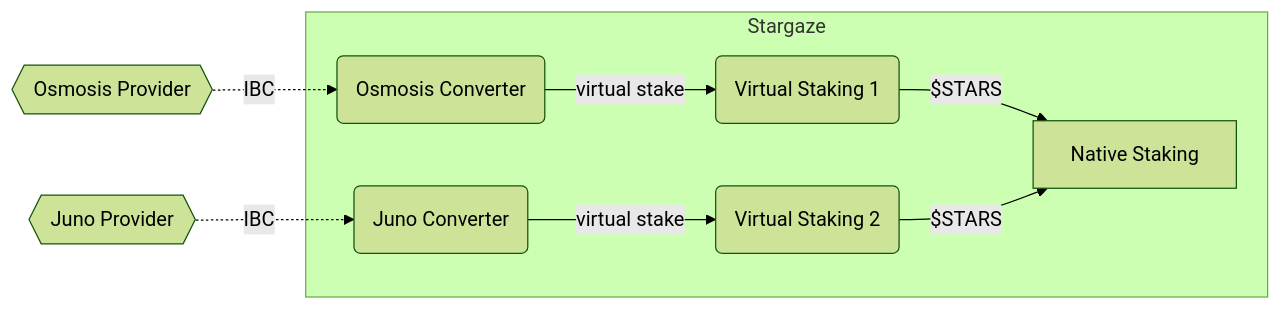
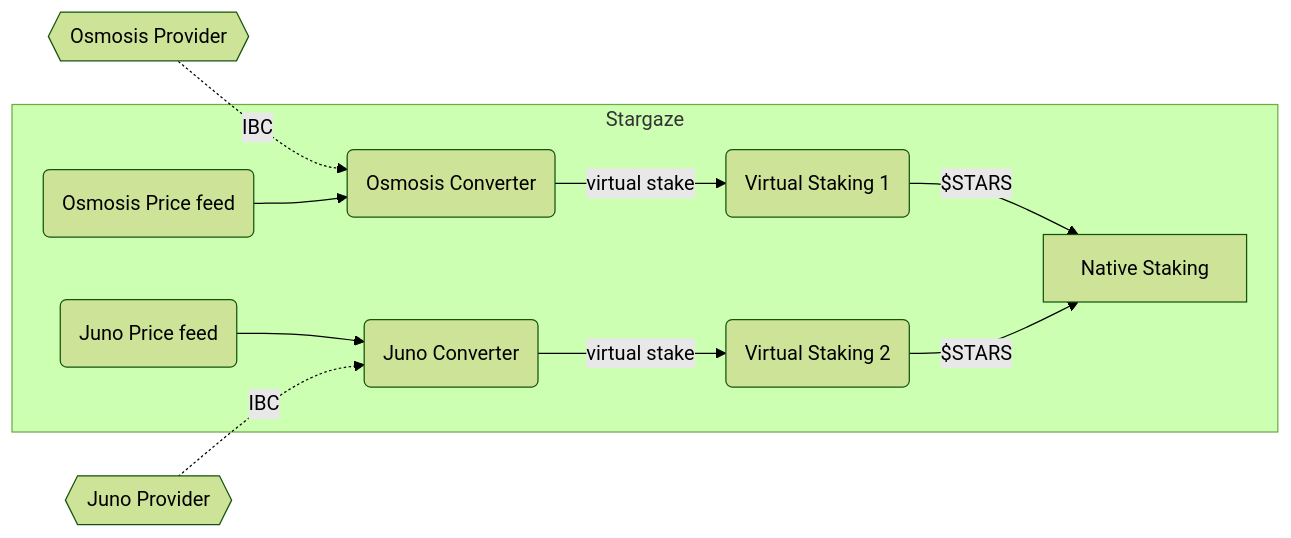
Before and after one commit to CosmWasm/mesh-security-hackathon: the diagram in docs/consumer/Consumer.md, drawn with Mermaid. The commit also changed 1 other file, not shown here.

Commit message:
Explain price feeds / oracles

````diff
--- a/docs/consumer/Consumer.md
+++ b/docs/consumer/Consumer.md
@@ -10,16 +10,19 @@
 ```mermaid
 flowchart LR
   %%{init: {'theme': 'forest'}}%%
 
   A{{Osmosis Provider}};
   B{{Juno Provider}};
 
+  A -. IBC .-> D;
+
   subgraph Stargaze
-  C(Osmosis Converter) -- virtual stake --> E(Virtual Staking 1);
-  D(Juno Converter) -- virtual stake --> F(Virtual Staking 2);
-  E & F -- $STARS --> G[Native Staking];
+  C(Osmosis Price feed) --> D(Osmosis Converter)
+  D -- virtual stake --> E(Virtual Staking 1);
+  K(Juno Converter) -- virtual stake --> L(Virtual Staking 2);
+  M(Juno Price feed) --> K;
+  E & L -- $STARS --> G[Native Staking];
   end
 
-  A -. IBC .-> C;
-  B -. IBC .-> D;
+  B -. IBC .-> K;
 ```
````
